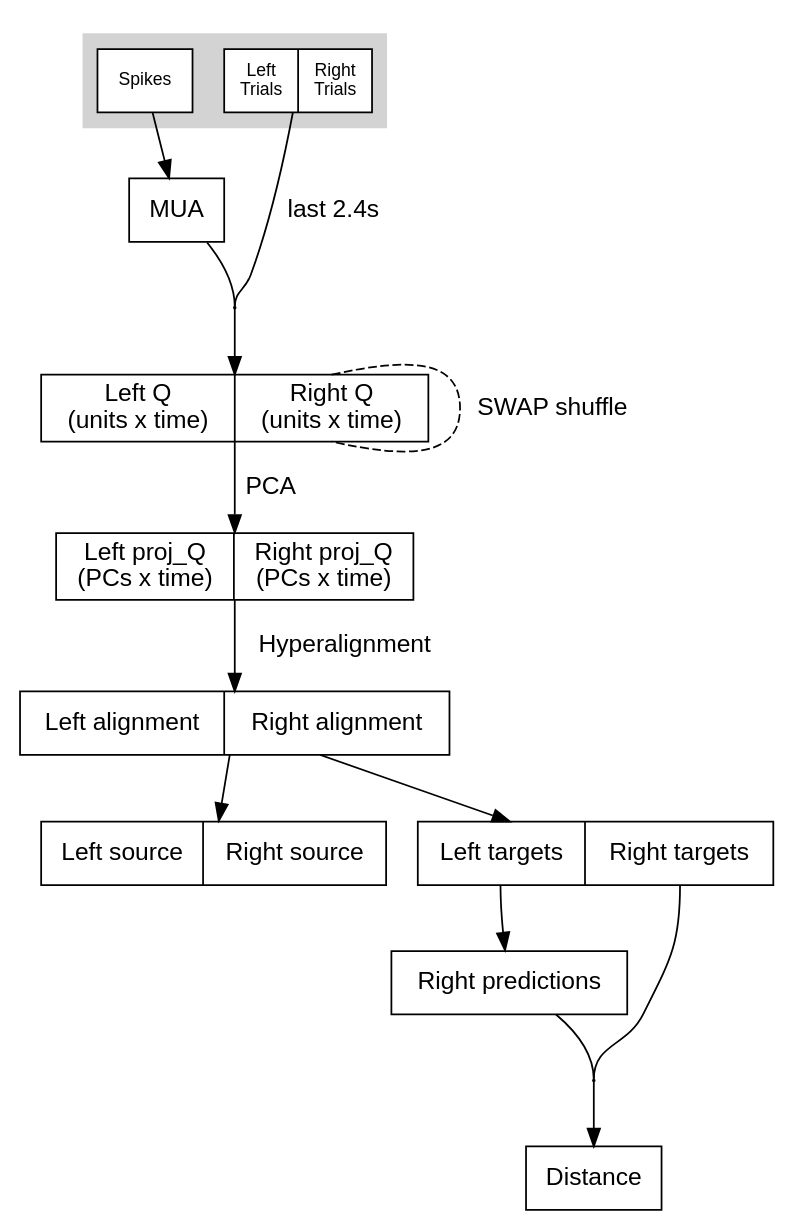
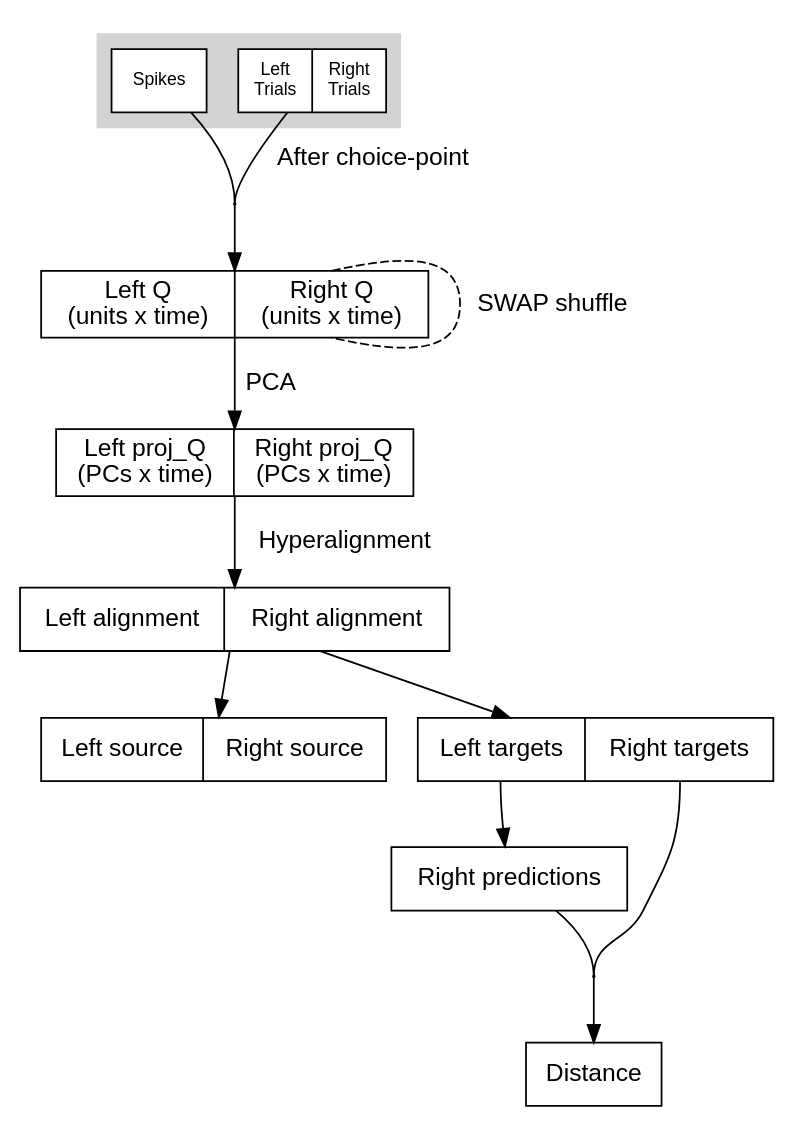
The diagram in workflow.dot (vandermeerlab/hc_hyperalign), drawn with Graphviz before and after one commit.

Commit message:
Remove MUA and use after choice-point in workflow

```diff
--- a/workflow.dot
+++ b/workflow.dot
@@ -1,77 +1,72 @@
 digraph G {
 // resolution = 300;
 fontname = Helvetica;
 overlap = false;
 // concentrate = true;
 // rankdir = LR;
 
 node [fontname = "Helvetica",shape=rectangle];
 edge [fontname = "Helvetica"];
 
 subgraph cluster0 {
 
   /* promoted data */
 
   node [style=filled,fillcolor=white,color=black,fontsize=10];
   style=filled;
   color=lightgrey;
   // label = "pre-processed (\"promoted\") data";
 
   spk [label="Spikes"];
   trial [shape=record,label="<f0>Left\nTrials|<f1>Right\nTrials"];
 
   }
 
-/* MUA */
-
-mua [label="MUA"];
-spk -> mua;
-
 /* Q */
 
 Q [shape=record,label="<f0>Left Q\n(units x time)|<f1>Right Q\n(units x time)"];
 Q_temp [shape=circle,width=.01,height=.01,label=""];
 
-mua -> Q_temp [arrowhead=none,headport=n];
-trial -> Q_temp [arrowhead=none,headport=n,label=" last 2.4s"];
+spk -> Q_temp [arrowhead=none,headport=n];
+trial -> Q_temp [arrowhead=none,headport=n,label=" After choice-point"];
 
 Q_temp -> Q;
 
 Q:f1:n -> Q:f1:s [label="  SWAP shuffle", style=dashed,arrowhead=none];
 
 /* PCA */
 
 pca_Q [shape=record,label="<f0>Left proj_Q\n(PCs x time)|<f1>Right proj_Q\n(PCs x time)"];
 
 Q -> pca_Q [label="  PCA"];
 
 /* Hyperalignment */
 
 hyperalign [shape=record,label="<f0>Left alignment\n|<f1>Right alignment\n"];
 
 pca_Q -> hyperalign [label="  Hyperalignment"];
 
 /* Transformation */
 
 source [shape=record,label="<f0>Left source\n|<f1>Right source\n"];
 
 targets [shape=record,label="<f0>Left targets\n|<f1>Right targets\n"];
 
 hyperalign -> source;
 hyperalign -> targets;
 
 /* Prediction */
 
 predicts [label="Right predictions"];
 
 targets:f0 -> predicts;
 
 /* Distance */
 
 dists [label="Distance"]
 dis_temp [shape=circle,width=.01,height=.01,label=""];
 
 predicts -> dis_temp [arrowhead=none,headport=n];
 targets:f1 -> dis_temp [arrowhead=none,headport=n];
 dis_temp -> dists;
 }
```
